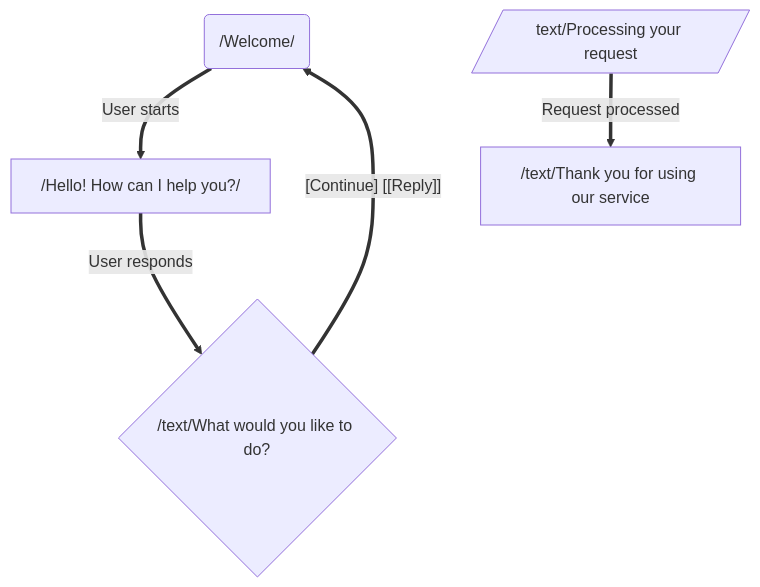
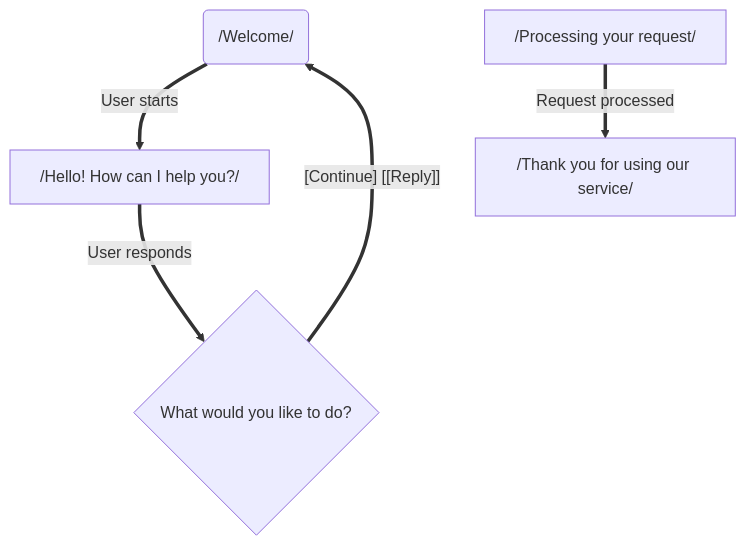
Before and after one commit to dexoon/mermaid-template-checker: the diagram in tests/incorrect/mixed-button-types.md, drawn with Mermaid. The commit also changed other lines of this file and 10 other files, not shown here.

Commit message:
feat: update diagram rules and validation logic; enhance tests for connections and button types

````diff
--- a/tests/incorrect/mixed-button-types.md
+++ b/tests/incorrect/mixed-button-types.md
@@ -3,15 +3,15 @@
 ```mermaid
 flowchart TD
 %% Node Definitions
 START("/Welcome/")
 GREETING["/Hello! How can I help you?/"]
-CHOICE{"/text/What would you like to do?"}
-PROCESS[/text/Processing your request/]
-END["/text/Thank you for using our service"]
+CHOICE{"What would you like to do?"}
+PROCESS["/Processing your request/"]
+END["/Thank you for using our service/"]
 
 %% Connections
 START == "User starts" ==> GREETING
 GREETING == "User responds" ==> CHOICE
 CHOICE == "[Continue] [[Reply]]" ==> START
 PROCESS == "Request processed" ==> END
 ```
````
